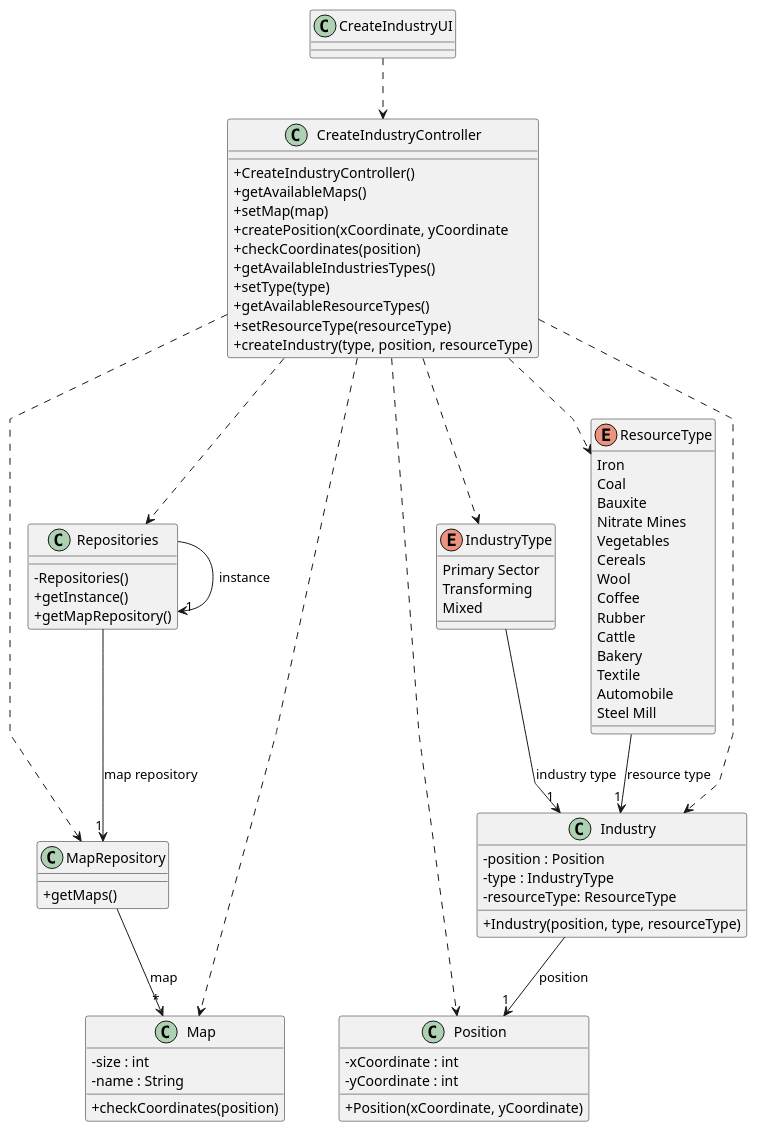
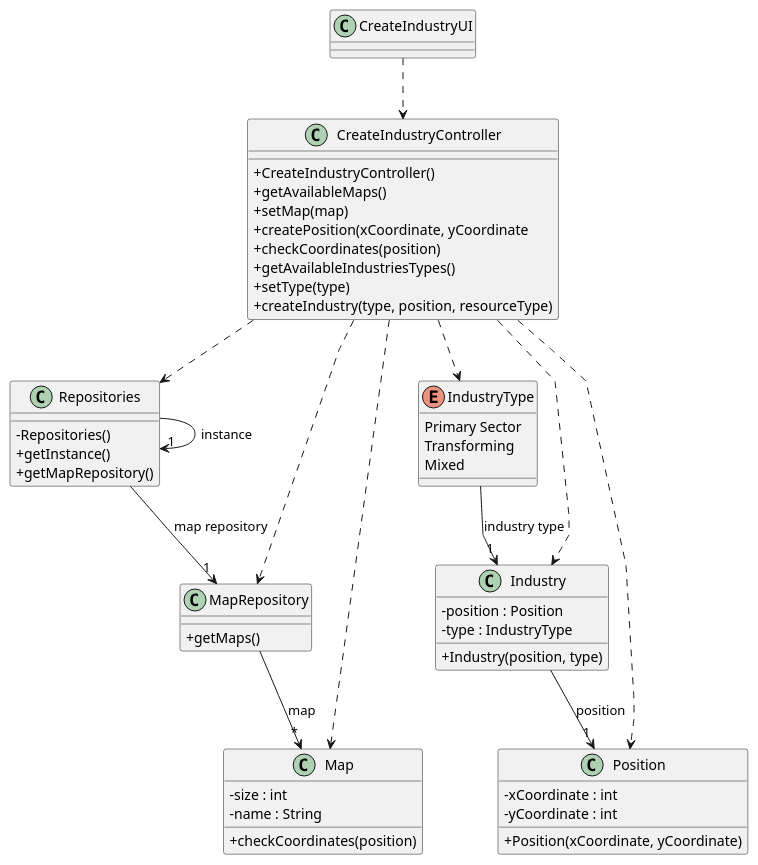
One commit to 1240935/pi2-railway-simulator changed the diagram in Sprint2/US002/03.design/puml/US002-CD.puml. Above: the diagram before and after it, drawn with PlantUML. The commit also changed 8 other files, not shown here.

```diff
--- a/Sprint2/US002/03.design/puml/US002-CD.puml
+++ b/Sprint2/US002/03.design/puml/US002-CD.puml
@@ -1,96 +1,76 @@
 @startuml
 'skinparam monochrome true
 skinparam packageStyle rectangle
 skinparam shadowing false
 skinparam linetype polyline
 'skinparam linetype orto
 
 skinparam classAttributeIconSize 0
 
 'left to right direction
 
   class CreateIndustryUI{
   }
 
   class CreateIndustryController {
     +CreateIndustryController()
     +getAvailableMaps()
     +setMap(map)
     +createPosition(xCoordinate, yCoordinate
     +checkCoordinates(position)
     +getAvailableIndustriesTypes()
     +setType(type)
-    +getAvailableResourceTypes()
-    +setResourceType(resourceType)
     +createIndustry(type, position, resourceType)
   }
 
 
   class Repositories {
       - Repositories()
       + getInstance()
       + getMapRepository()
   }
   class MapRepository {
     +getMaps()
   }
 
   class Industry {
     -position : Position
     -type : IndustryType
-    -resourceType: ResourceType
-    +Industry(position, type, resourceType)
+    +Industry(position, type)
   }
 
   class Map {
     - size : int
     - name : String
     +checkCoordinates(position)
   }
 
   class Position {
     -xCoordinate : int
     -yCoordinate : int
     +Position(xCoordinate, yCoordinate)
   }
 
   enum IndustryType{
     Primary Sector
     Transforming
     Mixed
   }
 
-  enum ResourceType{
-    Iron
-    Coal
-    Bauxite
-    Nitrate Mines
-    Vegetables
-    Cereals
-    Wool
-    Coffee
-    Rubber
-    Cattle
-    Bakery
-    Textile
-    Automobile
-    Steel Mill
-  }
+
 
 
 CreateIndustryUI ..> CreateIndustryController
 CreateIndustryController ..>  Repositories
 CreateIndustryController ..>  MapRepository
 CreateIndustryController ..>  Map
 CreateIndustryController ..> Position
 CreateIndustryController ..> IndustryType
-CreateIndustryController ..> ResourceType
 CreateIndustryController ..> Industry
 Repositories --> "1" MapRepository : map repository
 Repositories -> "1" Repositories : instance
 MapRepository --> "*" Map : map
 Industry --> "1" Position : position
 IndustryType --> "1" Industry : industry type
-ResourceType --> "1" Industry : resource type
 
 @enduml
```
